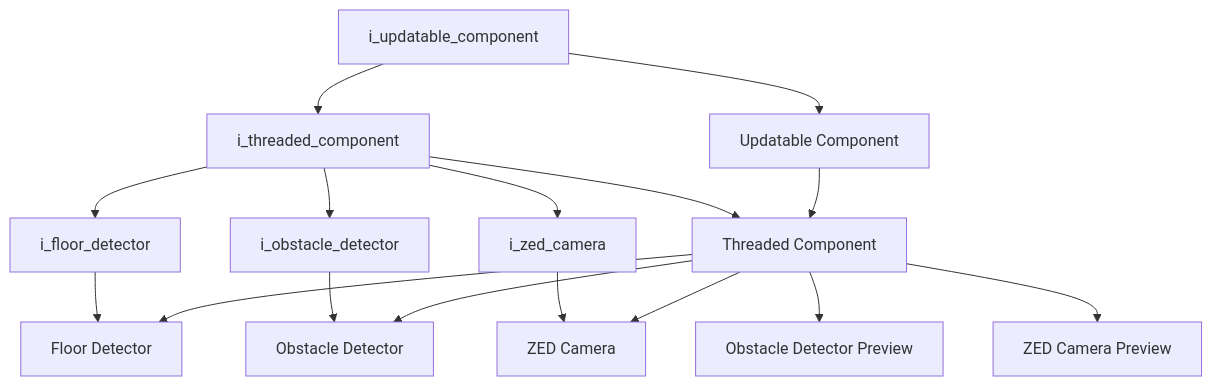
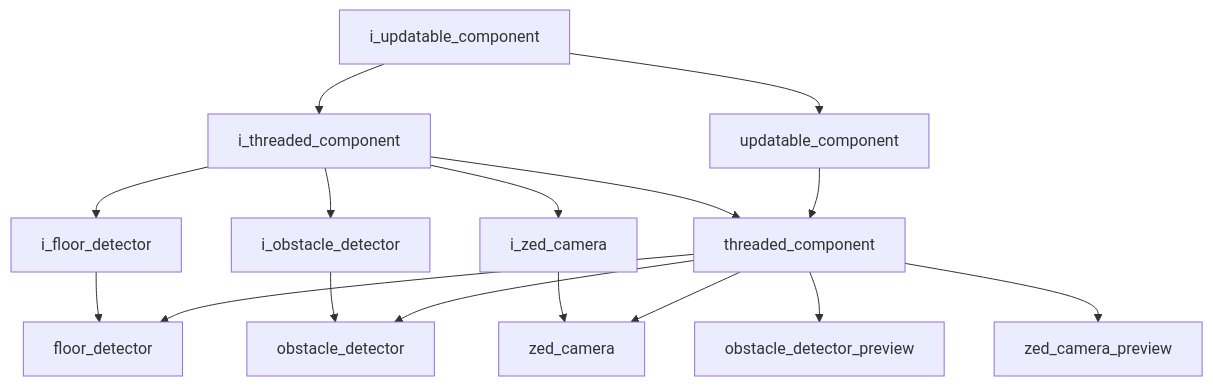
One commit to kasper-szczerba/autonomous_control_system_wiki changed the second of 2 diagrams in docs/codebase/namespaces/core/interfaces/i_updatable_component.md. Above: the diagram before and after it, drawn with Mermaid. The commit also changed other lines of this file and 41 other files, not shown here.

````diff
--- a/docs/codebase/namespaces/core/interfaces/i_updatable_component.md
+++ b/docs/codebase/namespaces/core/interfaces/i_updatable_component.md
@@ -25,19 +23,19 @@
 ```mermaid
 graph TD
     i_updatable_component["i_updatable_component"]
-    i_floor_detector["i_floor_detector"] --> floor_detector["Floor Detector"]
-    i_obstacle_detector["i_obstacle_detector"] --> obstacle_detector["Obstacle Detector"]
+    i_floor_detector["i_floor_detector"] --> floor_detector["floor_detector"]
+    i_obstacle_detector["i_obstacle_detector"] --> obstacle_detector["obstacle_detector"]
     i_threaded_component["i_threaded_component"] --> i_floor_detector["i_floor_detector"]
     i_threaded_component["i_threaded_component"] --> i_obstacle_detector["i_obstacle_detector"]
     i_threaded_component["i_threaded_component"] --> i_zed_camera["i_zed_camera"]
-    i_threaded_component["i_threaded_component"] --> threaded_component["Threaded Component"]
+    i_threaded_component["i_threaded_component"] --> threaded_component["threaded_component"]
     i_updatable_component["i_updatable_component"] --> i_threaded_component["i_threaded_component"]
-    i_updatable_component["i_updatable_component"] --> updatable_component["Updatable Component"]
-    i_zed_camera["i_zed_camera"] --> zed_camera["ZED Camera"]
-    threaded_component["Threaded Component"] --> floor_detector["Floor Detector"]
-    threaded_component["Threaded Component"] --> obstacle_detector["Obstacle Detector"]
-    threaded_component["Threaded Component"] --> obstacle_detector_preview["Obstacle Detector Preview"]
-    threaded_component["Threaded Component"] --> zed_camera["ZED Camera"]
-    threaded_component["Threaded Component"] --> zed_camera_preview["ZED Camera Preview"]
-    updatable_component["Updatable Component"] --> threaded_component["Threaded Component"]
+    i_updatable_component["i_updatable_component"] --> updatable_component["updatable_component"]
+    i_zed_camera["i_zed_camera"] --> zed_camera["zed_camera"]
+    threaded_component["threaded_component"] --> floor_detector["floor_detector"]
+    threaded_component["threaded_component"] --> obstacle_detector["obstacle_detector"]
+    threaded_component["threaded_component"] --> obstacle_detector_preview["obstacle_detector_preview"]
+    threaded_component["threaded_component"] --> zed_camera["zed_camera"]
+    threaded_component["threaded_component"] --> zed_camera_preview["zed_camera_preview"]
+    updatable_component["updatable_component"] --> threaded_component["threaded_component"]
 ```
````
